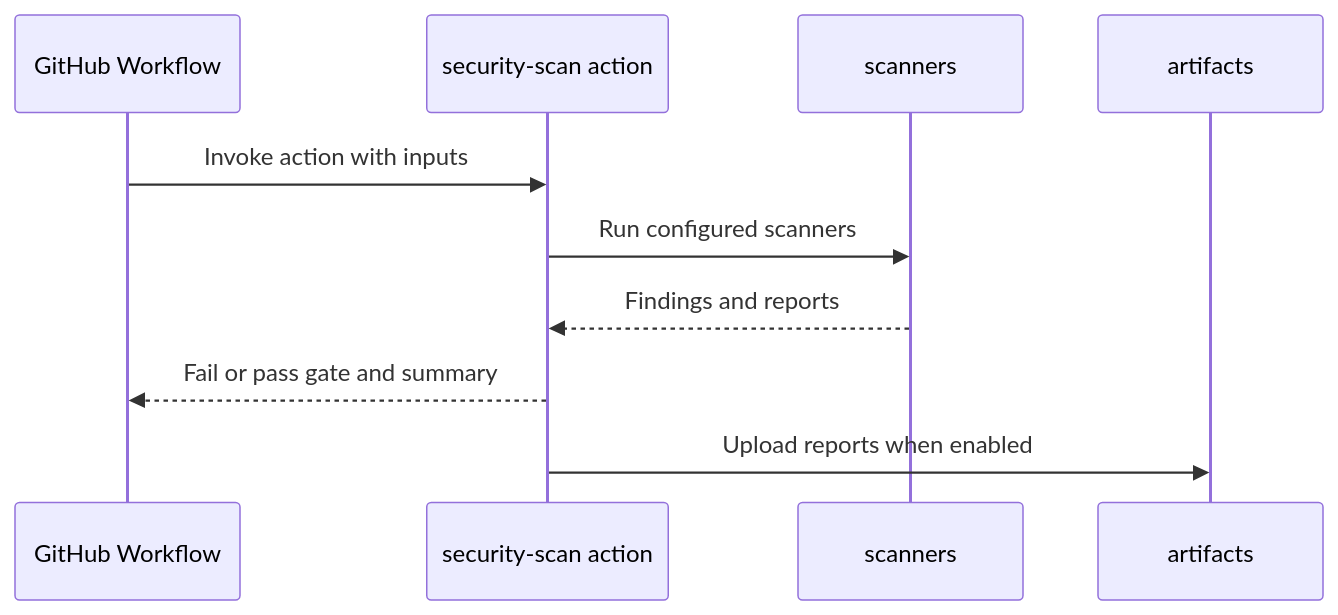
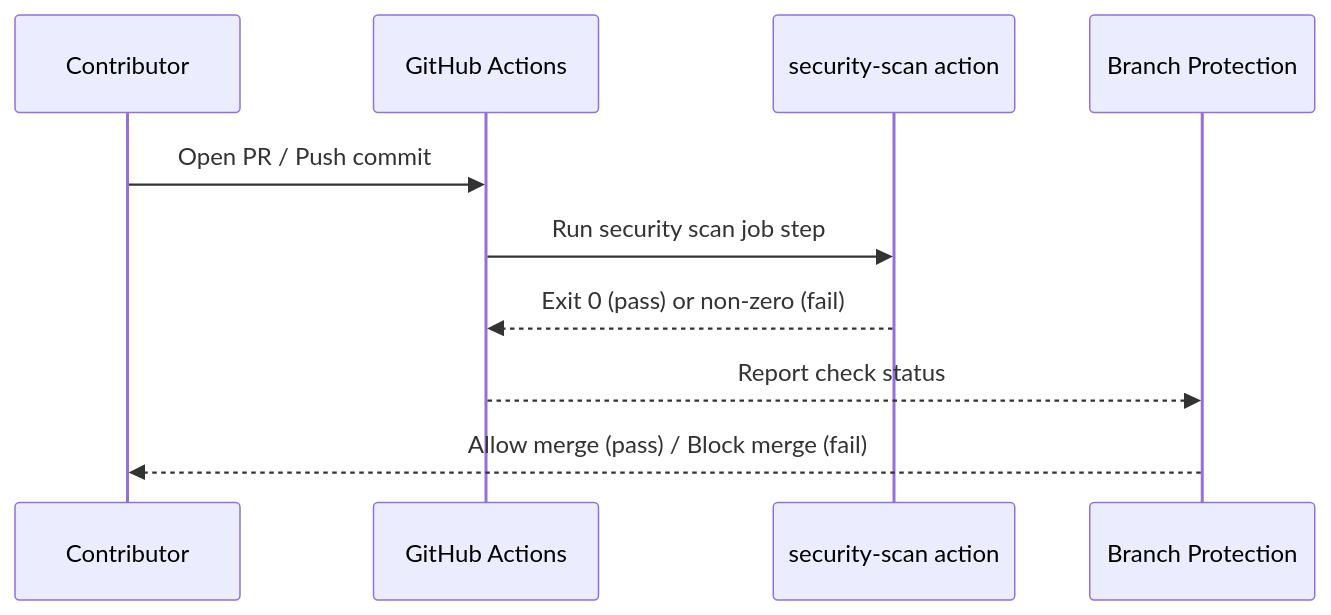
The second of 2 diagrams in .github/actions/security-scan/README.md (bartytime4life/Kansas-Frontier-Matrix), drawn with Mermaid before and after one commit. The commit also changed other lines of this file, not shown here.

```diff
--- a/.github/actions/security-scan/README.md
+++ b/.github/actions/security-scan/README.md
@@ -150,13 +174,13 @@
 ~~~mermaid
 sequenceDiagram
-  participant GH as GitHub Workflow
-  participant ACT as security-scan action
-  participant SCN as scanners
-  participant ART as artifacts
+  participant Dev as Contributor
+  participant GH as GitHub Actions
+  participant SS as security-scan action
+  participant BP as Branch Protection
 
-  GH->>ACT: Invoke action with inputs
-  ACT->>SCN: Run configured scanners
-  SCN-->>ACT: Findings and reports
-  ACT-->>GH: Fail or pass gate and summary
-  ACT->>ART: Upload reports when enabled
+  Dev->>GH: Open PR / Push commit
+  GH->>SS: Run security scan job step
+  SS-->>GH: Exit 0 (pass) or non-zero (fail)
+  GH-->>BP: Report check status
+  BP-->>Dev: Allow merge (pass) / Block merge (fail)
 ~~~
```
